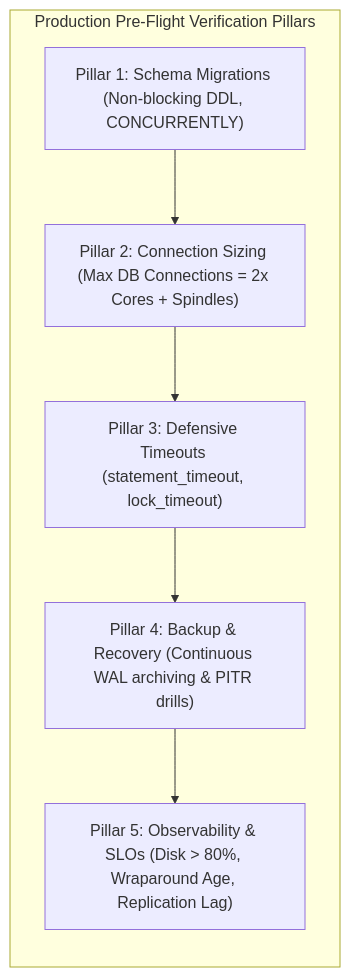
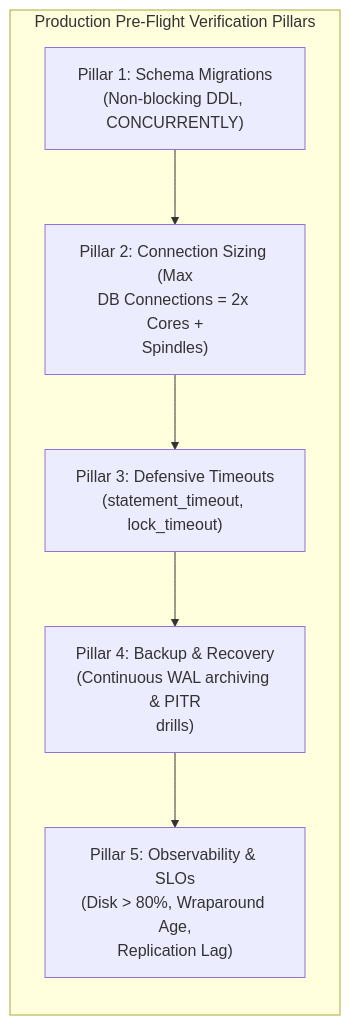
One commit to santoshjammi29/sql-handbook changed the fifth of 6 diagrams in README.md. Above: the diagram before and after it, drawn with Mermaid. The commit also changed other lines of this file and 17 other files, not shown here.

Commit message:
fix(diagrams): word-wrap labels and escape comparison operators across all diagrams

````diff
--- a/README.md
+++ b/README.md
@@ -445,10 +445,10 @@
 ```mermaid
 flowchart TD
     subgraph Checklist["Production Pre-Flight Verification Pillars"]
         direction TB
-        C1["Pillar 1: Schema Migrations (Non-blocking DDL, CONCURRENTLY)"] --> C2["Pillar 2: Connection Sizing (Max DB Connections = 2x Cores + Spindles)"]
-        C2 --> C3["Pillar 3: Defensive Timeouts (statement_timeout, lock_timeout)"]
-        C3 --> C4["Pillar 4: Backup & Recovery (Continuous WAL archiving & PITR drills)"]
-        C4 --> C5["Pillar 5: Observability & SLOs (Disk > 80%, Wraparound Age, Replication Lag)"]
+        C1["Pillar 1: Schema Migrations<br/>(Non-blocking DDL, CONCURRENTLY)"] --> C2["Pillar 2: Connection Sizing (Max<br/>DB Connections = 2x Cores +<br/>Spindles)"]
+        C2 --> C3["Pillar 3: Defensive Timeouts<br/>(statement_timeout, lock_timeout)"]
+        C3 --> C4["Pillar 4: Backup & Recovery<br/>(Continuous WAL archiving & PITR<br/>drills)"]
+        C4 --> C5["Pillar 5: Observability & SLOs<br/>(Disk &gt; 80%, Wraparound Age,<br/>Replication Lag)"]
     end
 ```
````
